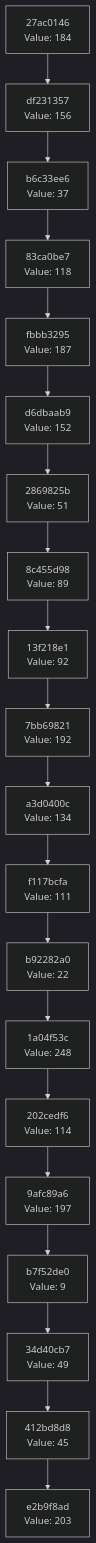
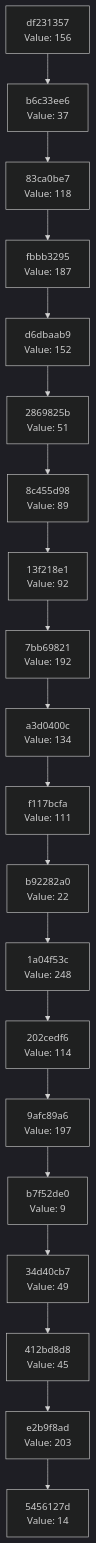
Before and after one commit to Abhisheksinha1506/hash-chain-evolver: the diagram in docs/CHAIN_VISUALIZATION.md, drawn with Mermaid (dark theme). The commit also changed 3 other files, not shown here.

````diff
--- a/docs/CHAIN_VISUALIZATION.md
+++ b/docs/CHAIN_VISUALIZATION.md
@@ -3,42 +3,42 @@
 ```mermaid
 graph TD
-    C0["e2b9f8ad<br/>Value: 203"]
-    C1["412bd8d8<br/>Value: 45"]
+    C0["5456127d<br/>Value: 14"]
+    C1["e2b9f8ad<br/>Value: 203"]
     C1 --> C0
-    C2["34d40cb7<br/>Value: 49"]
+    C2["412bd8d8<br/>Value: 45"]
     C2 --> C1
-    C3["b7f52de0<br/>Value: 9"]
+    C3["34d40cb7<br/>Value: 49"]
     C3 --> C2
-    C4["9afc89a6<br/>Value: 197"]
+    C4["b7f52de0<br/>Value: 9"]
     C4 --> C3
-    C5["202cedf6<br/>Value: 114"]
+    C5["9afc89a6<br/>Value: 197"]
     C5 --> C4
-    C6["1a04f53c<br/>Value: 248"]
+    C6["202cedf6<br/>Value: 114"]
     C6 --> C5
-    C7["b92282a0<br/>Value: 22"]
+    C7["1a04f53c<br/>Value: 248"]
     C7 --> C6
-    C8["f117bcfa<br/>Value: 111"]
+    C8["b92282a0<br/>Value: 22"]
     C8 --> C7
-    C9["a3d0400c<br/>Value: 134"]
+    C9["f117bcfa<br/>Value: 111"]
     C9 --> C8
-    C10["7bb69821<br/>Value: 192"]
+    C10["a3d0400c<br/>Value: 134"]
     C10 --> C9
-    C11["13f218e1<br/>Value: 92"]
+    C11["7bb69821<br/>Value: 192"]
     C11 --> C10
-    C12["8c455d98<br/>Value: 89"]
+    C12["13f218e1<br/>Value: 92"]
     C12 --> C11
-    C13["2869825b<br/>Value: 51"]
+    C13["8c455d98<br/>Value: 89"]
     C13 --> C12
-    C14["d6dbaab9<br/>Value: 152"]
+    C14["2869825b<br/>Value: 51"]
     C14 --> C13
-    C15["fbbb3295<br/>Value: 187"]
+    C15["d6dbaab9<br/>Value: 152"]
     C15 --> C14
-    C16["83ca0be7<br/>Value: 118"]
+    C16["fbbb3295<br/>Value: 187"]
     C16 --> C15
-    C17["b6c33ee6<br/>Value: 37"]
+    C17["83ca0be7<br/>Value: 118"]
     C17 --> C16
-    C18["df231357<br/>Value: 156"]
+    C18["b6c33ee6<br/>Value: 37"]
     C18 --> C17
-    C19["27ac0146<br/>Value: 184"]
+    C19["df231357<br/>Value: 156"]
     C19 --> C18
 ```
````
